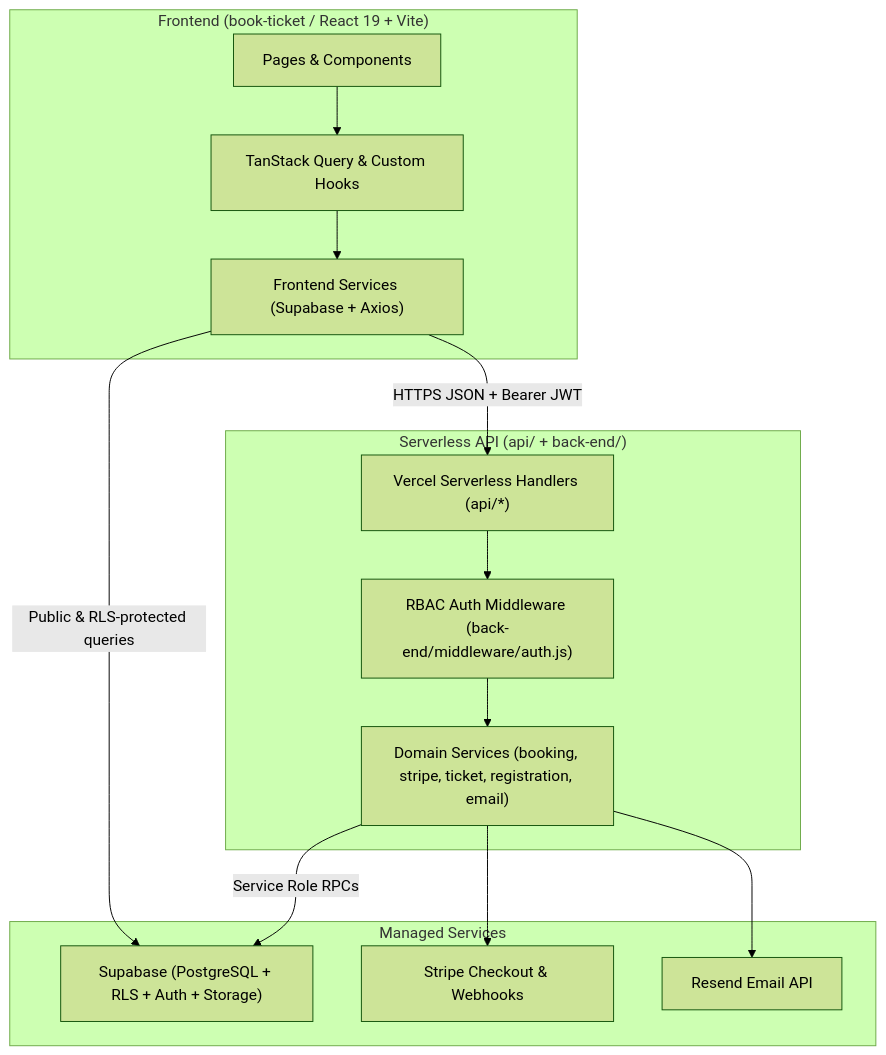
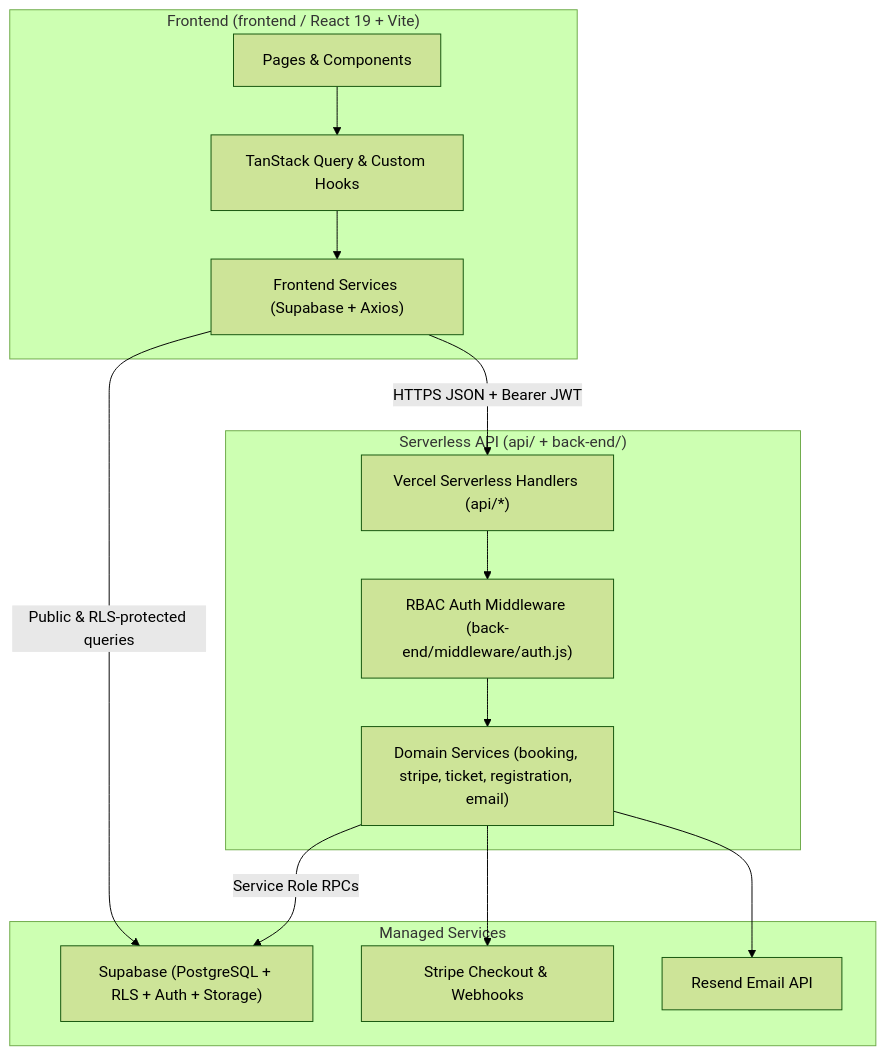
One commit to Ali-mohamed10/khaleeji-tour-ticketing-platform changed the diagram in docs/ARCHITECTURE.md. Above: the diagram before and after it, drawn with Mermaid (forest theme). The commit also changed other lines of this file and 204 other files, not shown here.

Commit message:
chore: rename book-ticket directory to frontend and update references

````diff
--- a/docs/ARCHITECTURE.md
+++ b/docs/ARCHITECTURE.md
@@ -7,28 +7,28 @@
 ```mermaid
 flowchart TB
-  subgraph Client["Frontend (book-ticket / React 19 + Vite)"]
+  subgraph Client["Frontend (frontend / React 19 + Vite)"]
     UI["Pages & Components"]
     Hooks["TanStack Query & Custom Hooks"]
     Services["Frontend Services (Supabase + Axios)"]
   end
 
   subgraph Server["Serverless API (api/ + back-end/)"]
     Handlers["Vercel Serverless Handlers (api/*)"]
     AuthMW["RBAC Auth Middleware (back-end/middleware/auth.js)"]
     BizServices["Domain Services (booking, stripe, ticket, registration, email)"]
   end
 
   subgraph External["Managed Services"]
     Supa["Supabase (PostgreSQL + RLS + Auth + Storage)"]
     Stripe["Stripe Checkout & Webhooks"]
     Resend["Resend Email API"]
   end
 
   UI --> Hooks --> Services
   Services -->|"Public & RLS-protected queries"| Supa
   Services -->|"HTTPS JSON + Bearer JWT"| Handlers
   Handlers --> AuthMW --> BizServices
   BizServices -->|"Service Role RPCs"| Supa
   BizServices --> Stripe
   BizServices --> Resend
 ```
````
